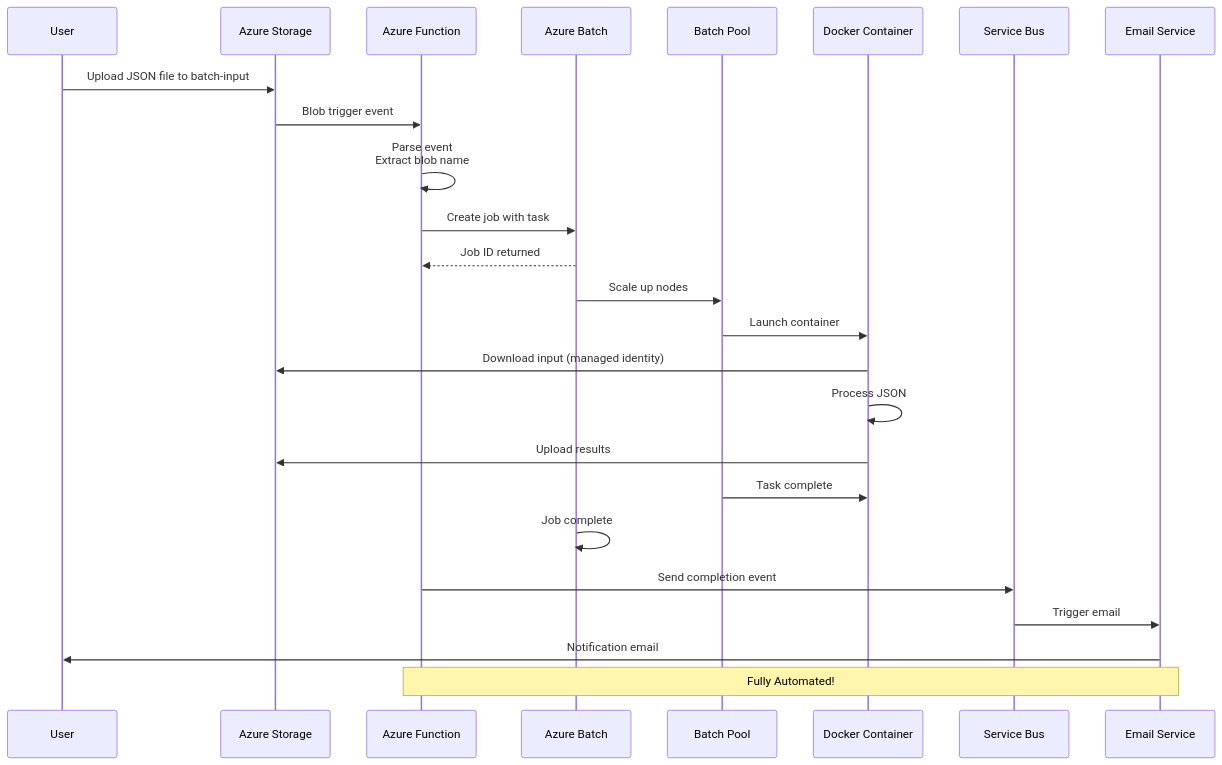
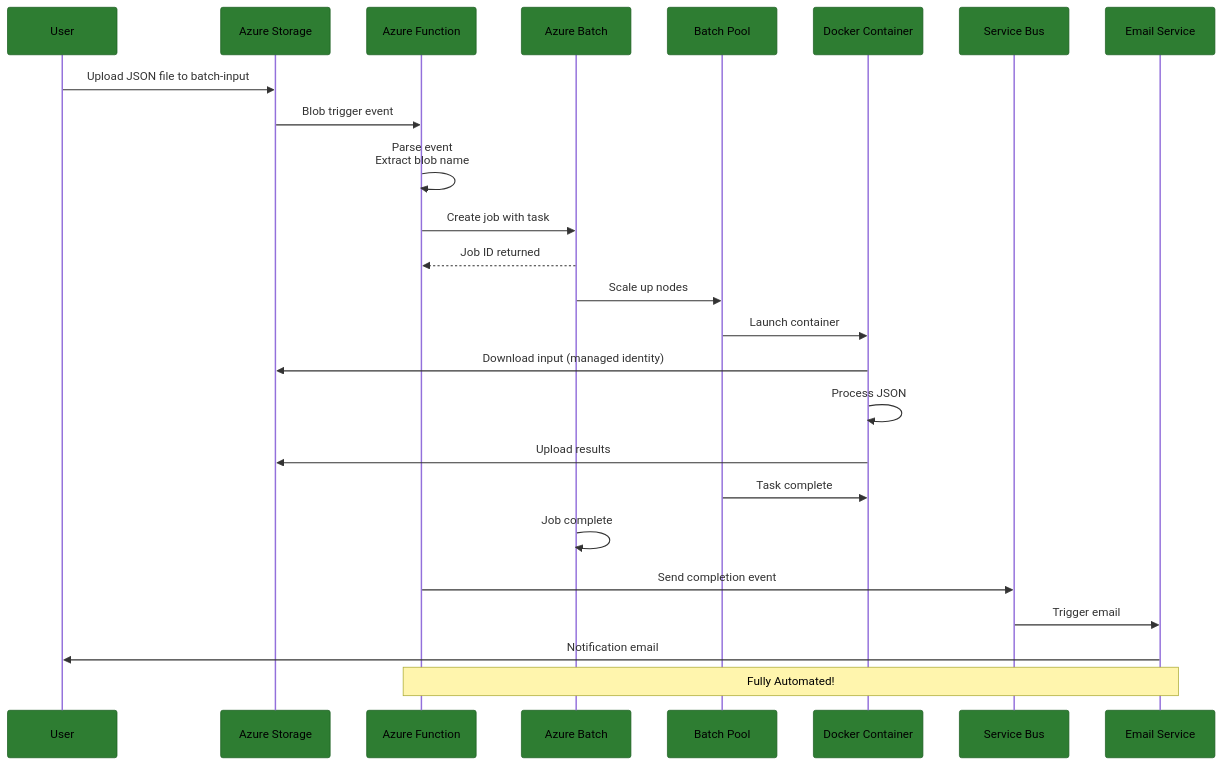
Before and after one commit to san360/azure-batch-json-processor: the fifth of 5 diagrams in README.md, drawn with Mermaid. The commit also changed other lines of this file, not shown here.

Commit message:
docs(readme): apply dark green theme to all mermaid diagrams incl. sequence diagrams

````diff
--- a/README.md
+++ b/README.md
@@ -248,35 +257,36 @@
 ```mermaid
+%%{init: {'themeVariables': {'actorBkg': '#2e7d32','actorBorder':'#1b5e20','primaryColor':'#2e7d32','primaryBorderColor':'#1b5e20','primaryTextColor':'#fff','lineColor':'#1b5e20','textColor':'#fff'}} }%%
 sequenceDiagram
     participant User
     participant Storage as Azure Storage
     participant Function as Azure Function
     participant Batch as Azure Batch
     participant Pool as Batch Pool
     participant Container as Docker Container
     participant Queue as Service Bus
     participant Email as Email Service
 
     User->>Storage: Upload JSON file to batch-input
     
     Storage->>Function: Blob trigger event
     Function->>Function: Parse event<br/>Extract blob name
     
     Function->>Batch: Create job with task
     Batch-->>Function: Job ID returned
     
     Batch->>Pool: Scale up nodes
     Pool->>Container: Launch container
     
     Container->>Storage: Download input (managed identity)
     Container->>Container: Process JSON
     Container->>Storage: Upload results
     
     Pool->>Container: Task complete
     Batch->>Batch: Job complete
     
     Function->>Queue: Send completion event
     Queue->>Email: Trigger email
     Email->>User: Notification email
     
     Note over Function,Email: Fully Automated!
 ```
````
